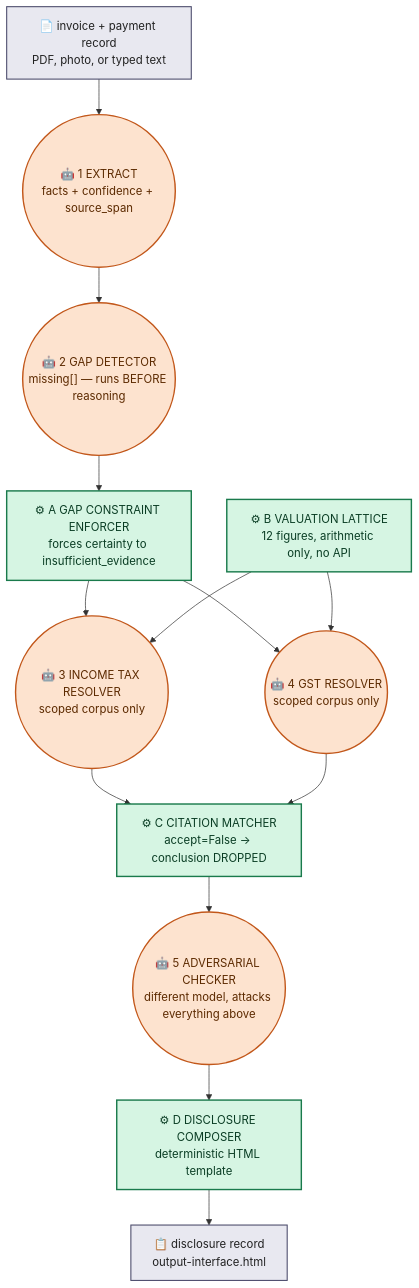
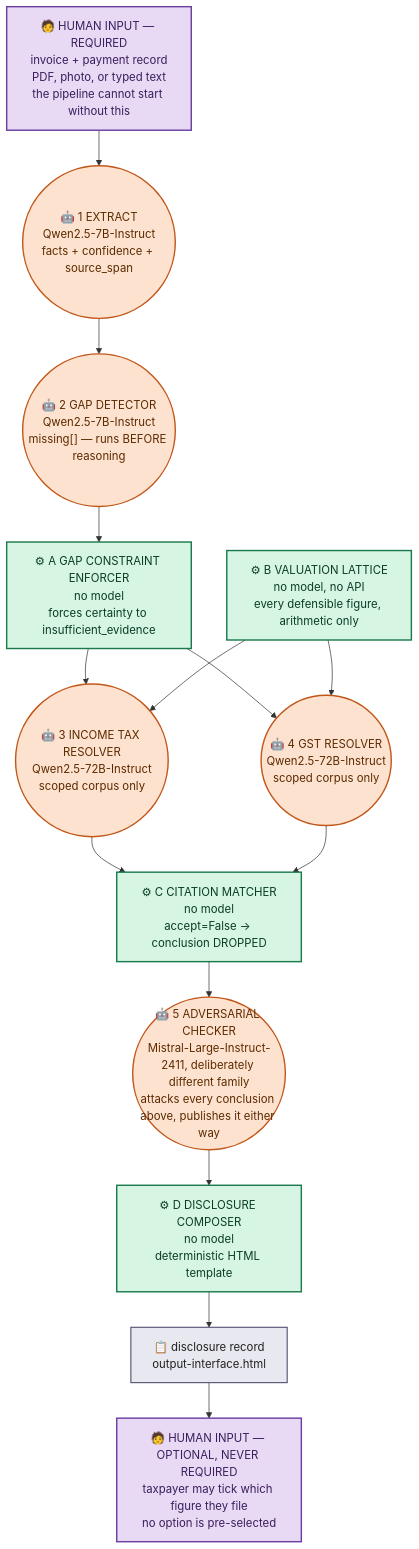
Before and after one commit to hariom-s27/divergence: the diagram in divergence/flowchart.md, drawn with Mermaid. The commit also changed other lines of this file and 7 other files, not shown here.

````diff
--- a/divergence/flowchart.md
+++ b/divergence/flowchart.md
@@ -30,32 +36,35 @@
 ```mermaid
 flowchart TD
-    IN["📄 invoice + payment record<br/>PDF, photo, or typed text"]
+    IN["🧑 HUMAN INPUT — REQUIRED<br/>invoice + payment record<br/>PDF, photo, or typed text<br/>the pipeline cannot start without this"]
 
-    N1(("🤖 1 EXTRACT<br/>facts + confidence + source_span"))
-    N2(("🤖 2 GAP DETECTOR<br/>missing[] — runs BEFORE reasoning"))
-    A["⚙ A GAP CONSTRAINT ENFORCER<br/>forces certainty to insufficient_evidence"]
-    B["⚙ B VALUATION LATTICE<br/>12 figures, arithmetic only, no API"]
-    N3(("🤖 3 INCOME TAX RESOLVER<br/>scoped corpus only"))
-    N4(("🤖 4 GST RESOLVER<br/>scoped corpus only"))
-    C["⚙ C CITATION MATCHER<br/>accept=False → conclusion DROPPED"]
-    N5(("🤖 5 ADVERSARIAL CHECKER<br/>different model, attacks everything above"))
-    D["⚙ D DISCLOSURE COMPOSER<br/>deterministic HTML template"]
+    N1(("🤖 1 EXTRACT<br/>Qwen2.5-7B-Instruct<br/>facts + confidence + source_span"))
+    N2(("🤖 2 GAP DETECTOR<br/>Qwen2.5-7B-Instruct<br/>missing[] — runs BEFORE reasoning"))
+    A["⚙ A GAP CONSTRAINT ENFORCER<br/>no model<br/>forces certainty to insufficient_evidence"]
+    B["⚙ B VALUATION LATTICE<br/>no model, no API<br/>every defensible figure, arithmetic only"]
+    N3(("🤖 3 INCOME TAX RESOLVER<br/>Qwen2.5-72B-Instruct<br/>scoped corpus only"))
+    N4(("🤖 4 GST RESOLVER<br/>Qwen2.5-72B-Instruct<br/>scoped corpus only"))
+    C["⚙ C CITATION MATCHER<br/>no model<br/>accept=False → conclusion DROPPED"]
+    N5(("🤖 5 ADVERSARIAL CHECKER<br/>Mistral-Large-Instruct-2411, deliberately different family<br/>attacks every conclusion above, publishes it either way"))
+    D["⚙ D DISCLOSURE COMPOSER<br/>no model<br/>deterministic HTML template"]
     OUT["📋 disclosure record<br/>output-interface.html"]
+    ELECT["🧑 HUMAN INPUT — OPTIONAL, NEVER REQUIRED<br/>taxpayer may tick which figure they file<br/>no option is pre-selected"]
 
     IN --> N1 --> N2 --> A
     A --> N3
     A --> N4
     B --> N3
     B --> N4
     N3 --> C
     N4 --> C
-    C --> N5 --> D --> OUT
+    C --> N5 --> D --> OUT --> ELECT
 
     classDef model fill:#fde3cf,stroke:#c2571a,stroke-width:2px,color:#5c2a00;
     classDef code fill:#d6f5e3,stroke:#1a7a4c,stroke-width:2px,color:#0a3d24;
+    classDef human fill:#e8d9f5,stroke:#6a3fa0,stroke-width:2px,color:#3a1f5c;
     classDef io fill:#e8e8f0,stroke:#4a4a6a,stroke-width:1.5px,color:#222;
 
     class N1,N2,N3,N4,N5 model;
     class A,B,C,D code;
-    class IN,OUT io;
+    class IN,ELECT human;
+    class OUT io;
 ```
````
